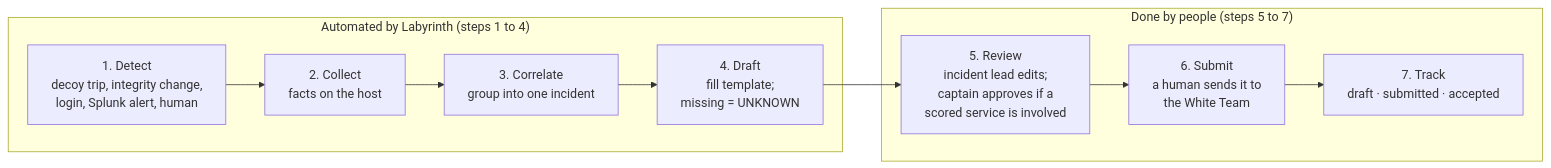
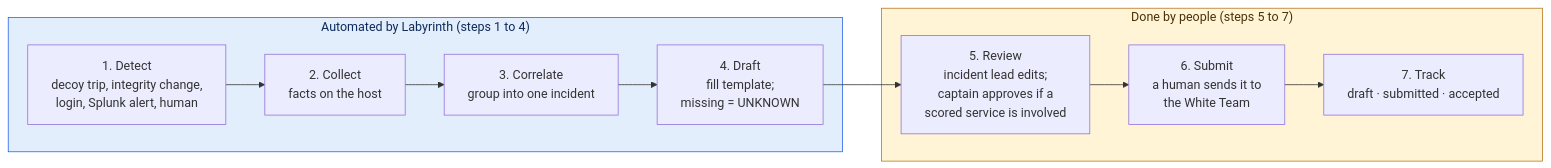
Before and after one commit to dotnetdork/Labyrinth: the diagram in docs/design/02-Incident-Reporting-Automation.md, drawn with Mermaid. The commit also changed other lines of this file and 12 other files, not shown here.

````diff
--- a/docs/design/02-Incident-Reporting-Automation.md
+++ b/docs/design/02-Incident-Reporting-Automation.md
@@ -30,14 +30,16 @@
 ```mermaid
 flowchart LR
     subgraph auto["Automated by Labyrinth (steps 1 to 4)"]
         DET["1. Detect<br/>decoy trip, integrity change,<br/>login, Splunk alert, human"] --> COL["2. Collect<br/>facts on the host"]
         COL --> COR["3. Correlate<br/>group into one incident"]
         COR --> DRA["4. Draft<br/>fill template;<br/>missing = UNKNOWN"]
     end
     subgraph people["Done by people (steps 5 to 7)"]
         REV["5. Review<br/>incident lead edits;<br/>captain approves if a<br/>scored service is involved"]
         REV --> SUB["6. Submit<br/>a human sends it to<br/>the White Team"]
         SUB --> TRK["7. Track<br/>draft · submitted · accepted"]
     end
     DRA --> REV
+    style auto fill:#e3eefc,stroke:#2563eb,color:#0f2a5c
+    style people fill:#fff4d6,stroke:#b7791f,color:#4a3108
 ```
````
